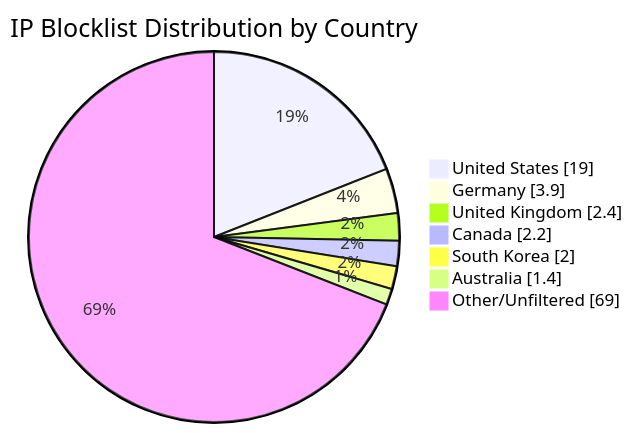
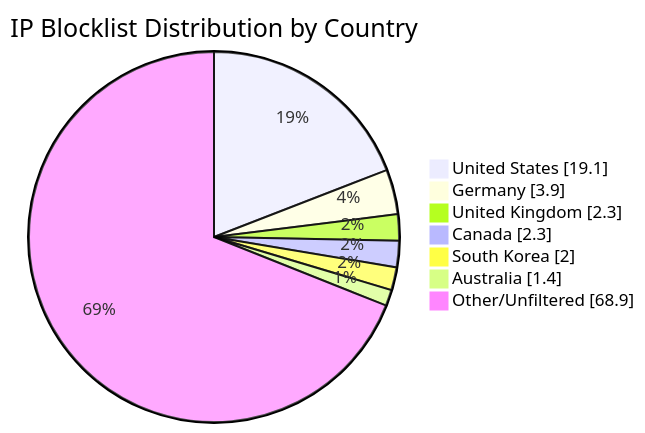
Before and after one commit to MarcusHoltz/ipblocklist-geofiltered-aggregator: the diagram in README.md, drawn with Mermaid. The commit also changed other lines of this file and 9 other files, not shown here.

````diff
--- a/README.md
+++ b/README.md
@@ -34,10 +34,10 @@
 ```mermaid
 pie showData title IP Blocklist Distribution by Country
-"United States" : 19.0
+"United States" : 19.1
 "Germany" : 3.9
-"United Kingdom" : 2.4
-"Canada" : 2.2
+"United Kingdom" : 2.3
+"Canada" : 2.3
 "South Korea" : 2.0
 "Australia" : 1.4
-"Other/Unfiltered" : 69.0
+"Other/Unfiltered" : 68.9
 ```
````
